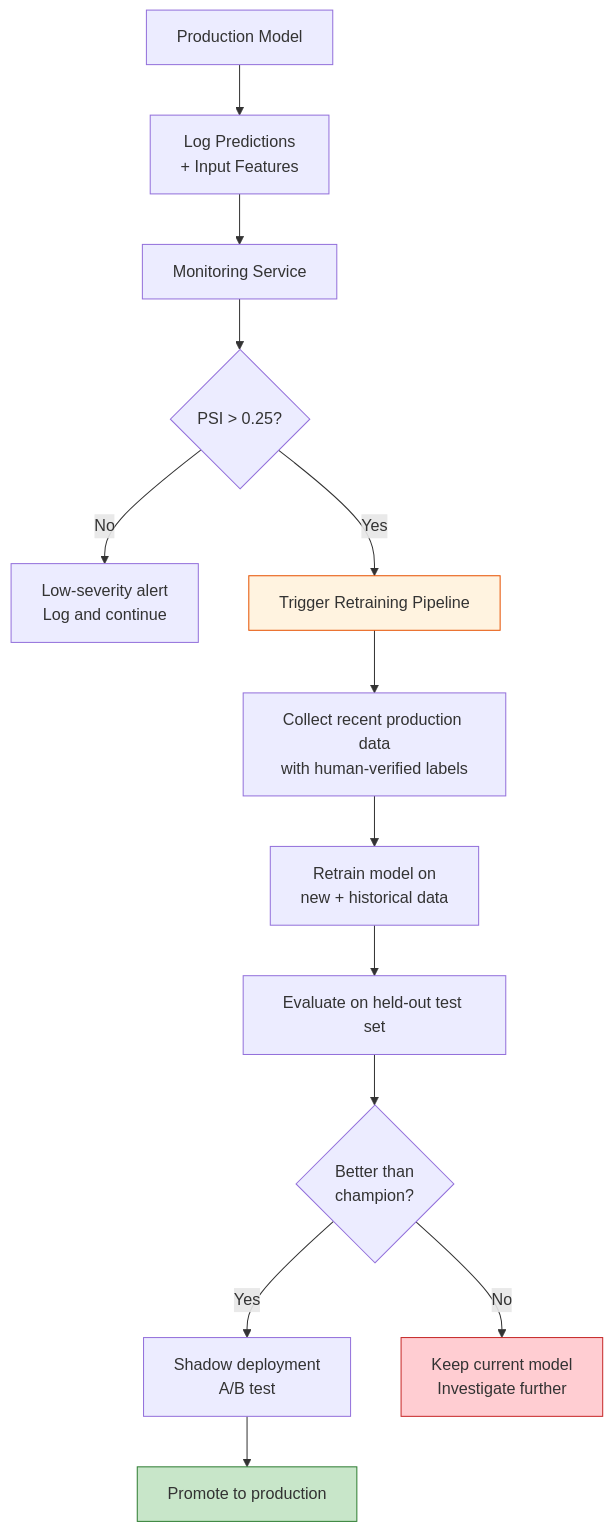
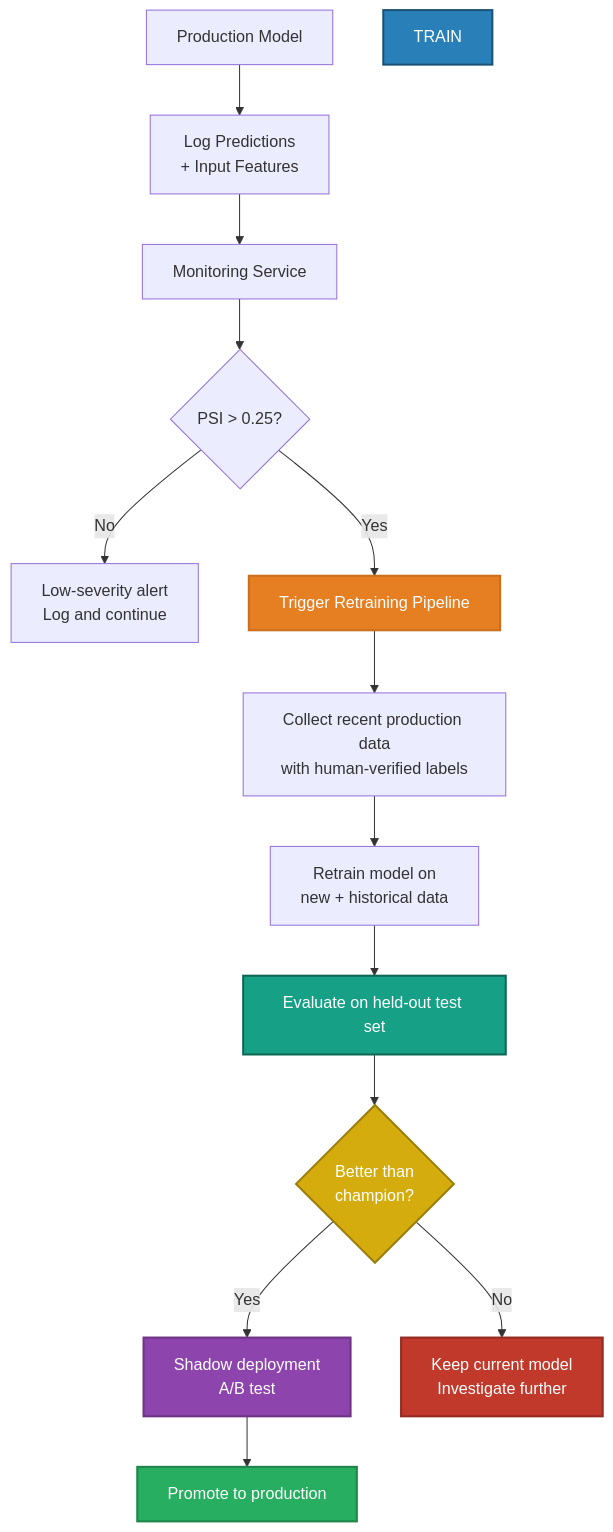
Diagram 17 of 24 in docs/17-interview-questions/topic_deep_dive_rag.md (GyanendraChaubey/AI-Engineering-Notes), drawn with Mermaid before and after one commit. The commit also changed other lines of this file and 74 other files, not shown here.

First line of the commit message:
refactor: split company_wise_interviews.md into 72 individual interview files + fix mermaid colors

````diff
--- a/docs/17-interview-questions/topic_deep_dive_rag.md
+++ b/docs/17-interview-questions/topic_deep_dive_rag.md
@@ -746,19 +849,23 @@
 ```mermaid
 flowchart TD
     PROD[Production Model] --> LOG[Log Predictions\n+ Input Features]
     LOG --> MONITOR[Monitoring Service]
     MONITOR --> PSI_CHECK{PSI > 0.25?}
     PSI_CHECK -->|No| ALERT_LOW[Low-severity alert\nLog and continue]
     PSI_CHECK -->|Yes| TRIGGER[Trigger Retraining Pipeline]
     TRIGGER --> DATA[Collect recent production data\nwith human-verified labels]
     DATA --> RETRAIN[Retrain model on\nnew + historical data]
     RETRAIN --> EVAL[Evaluate on held-out test set]
     EVAL --> COMPARE{Better than\nchampion?}
     COMPARE -->|Yes| SHADOW[Shadow deployment\nA/B test]
     SHADOW --> PROMOTE[Promote to production]
     COMPARE -->|No| ROLLBACK[Keep current model\nInvestigate further]
 
-    style TRIGGER fill:#fff3e0,stroke:#e65100
-    style PROMOTE fill:#c8e6c9,stroke:#2e7d32
-    style ROLLBACK fill:#ffcdd2,stroke:#c62828
+    style TRIGGER fill:#E67E22,stroke:#CA6F1E,stroke-width:2px,color:#FFFFFF
+    style TRAIN fill:#2980B9,stroke:#1A5276,stroke-width:2px,color:#FFFFFF
+    style EVAL fill:#16A085,stroke:#0E6655,stroke-width:2px,color:#FFFFFF
+    style COMPARE fill:#D4AC0D,stroke:#9A7D0A,stroke-width:2px,color:#FFFFFF
+    style SHADOW fill:#8E44AD,stroke:#6C3483,stroke-width:2px,color:#FFFFFF
+    style PROMOTE fill:#27AE60,stroke:#1E8449,stroke-width:2px,color:#FFFFFF
+    style ROLLBACK fill:#C0392B,stroke:#922B21,stroke-width:2px,color:#FFFFFF
 ```
````
